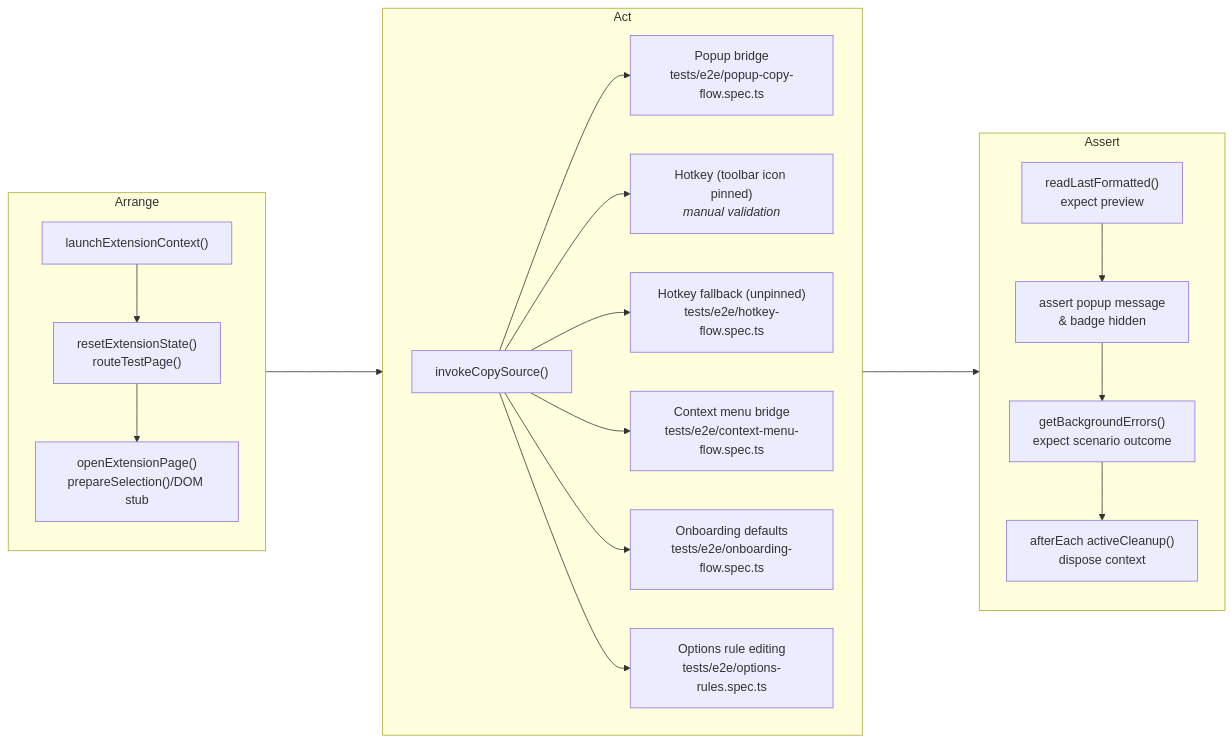
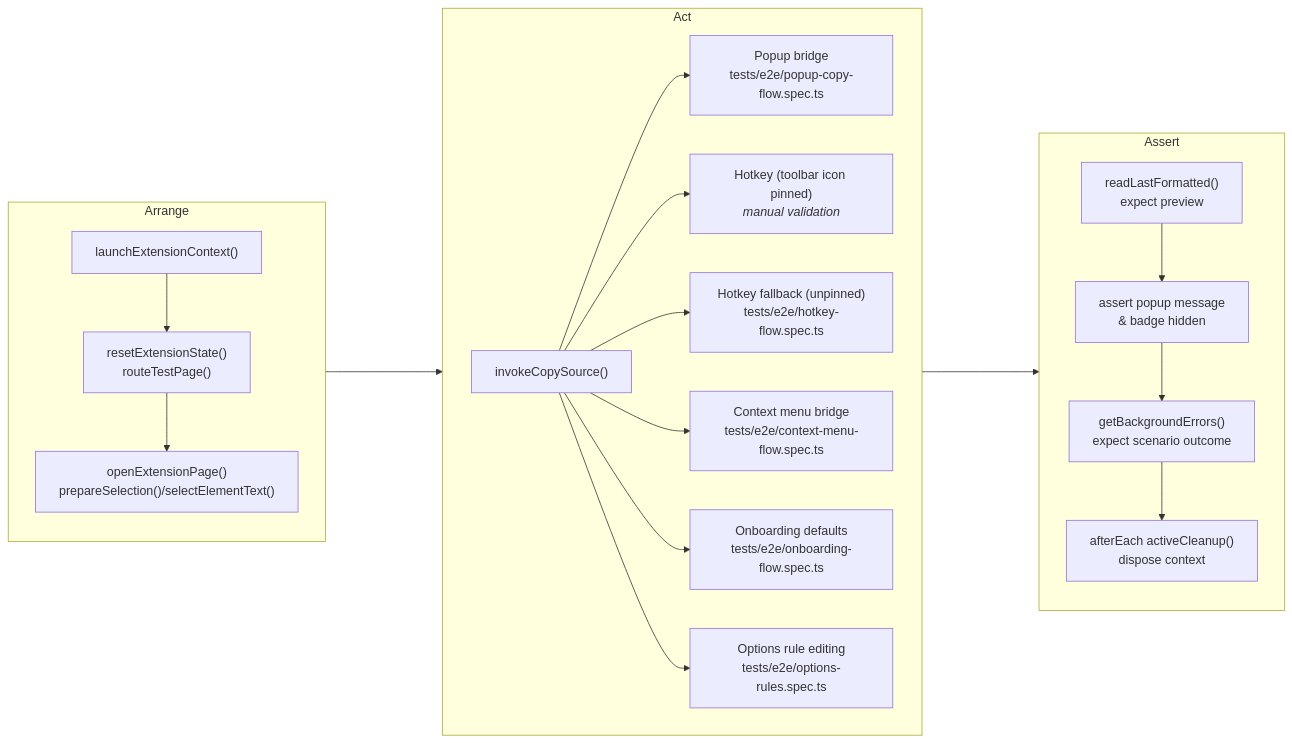
One commit to PabloLION/MarkQuote changed the diagram in docs/dev/test-coverage.md. Above: the diagram before and after it, drawn with Mermaid. The commit also changed other lines of this file and 5 other files, not shown here.

````diff
--- a/docs/dev/test-coverage.md
+++ b/docs/dev/test-coverage.md
@@ -26,27 +26,27 @@
 ```mermaid
 flowchart LR
   %% Use IDs so we can link the subgraphs (not their inner nodes)
   subgraph ARR[Arrange]
     direction TB
-    A["launchExtensionContext()"] --> B["resetExtensionState()<br/>routeTestPage()"] --> C["openExtensionPage()<br/>prepareSelection()/DOM stub"]
+    A["launchExtensionContext()"] --> B["resetExtensionState()<br/>routeTestPage()"] --> C["openExtensionPage()<br/>prepareSelection()/selectElementText()"]
   end
   ARR ----> ACT
 
   subgraph ACT[Act]
     direction LR
     D["invokeCopySource()"]
     D --> D1["Popup bridge<br/>tests/e2e/popup-copy-flow.spec.ts"]
     D --> D2["Hotkey (toolbar icon pinned)<br/><em>manual validation</em>"]
     D --> D3["Hotkey fallback (unpinned)<br/>tests/e2e/hotkey-flow.spec.ts"]
     D --> D4["Context menu bridge<br/>tests/e2e/context-menu-flow.spec.ts"]
     D --> D5["Onboarding defaults<br/>tests/e2e/onboarding-flow.spec.ts"]
     D --> D6["Options rule editing<br/>tests/e2e/options-rules.spec.ts"]
   end
   ACT ----> ASS
 
   subgraph ASS[Assert]
     direction TB
     E["readLastFormatted()<br/>expect preview"] --> F["assert popup message<br/>& badge hidden"] --> G["getBackgroundErrors()<br/>expect scenario outcome"] --> H["afterEach activeCleanup()<br/>dispose context"]
   end
 
 ```
````
